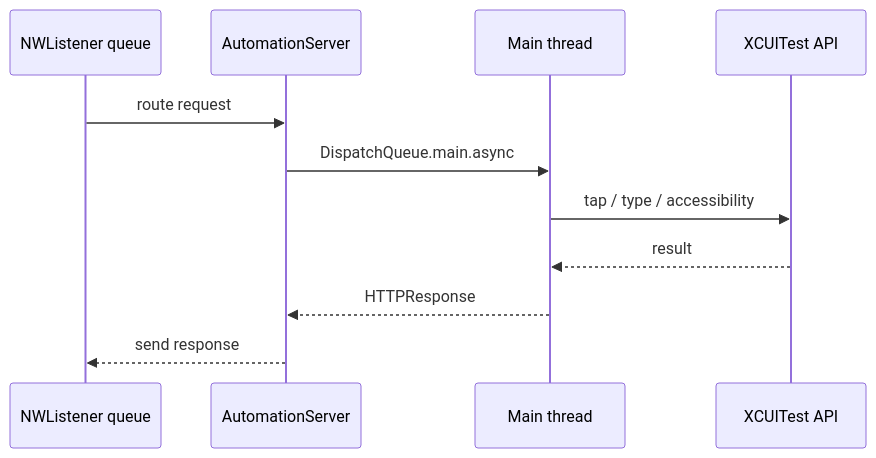
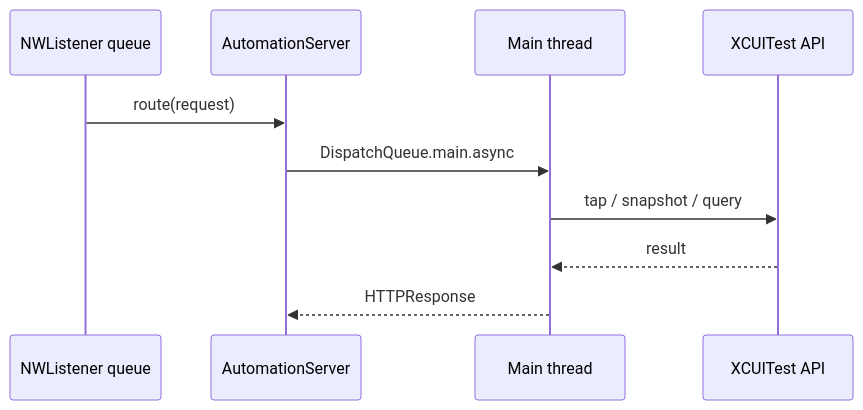
One commit to r0227n/agent-ios changed the fourth of 4 diagrams in docs/ios-runner.ja.md. Above: the diagram before and after it, drawn with Mermaid. The commit also changed other lines of this file and 4 other files, not shown here.

````diff
--- a/docs/ios-runner.ja.md
+++ b/docs/ios-runner.ja.md
@@ -159,14 +186,13 @@
 ```mermaid
 sequenceDiagram
     participant NET as NWListener queue
     participant AUTO as AutomationServer
     participant MAIN as Main thread
     participant XCT as XCUITest API
 
-    NET->>AUTO: route request
+    NET->>AUTO: route(request)
     AUTO->>MAIN: DispatchQueue.main.async
-    MAIN->>XCT: tap / type / accessibility
+    MAIN->>XCT: tap / snapshot / query
     XCT-->>MAIN: result
     MAIN-->>AUTO: HTTPResponse
-    AUTO-->>NET: send response
 ```
````
